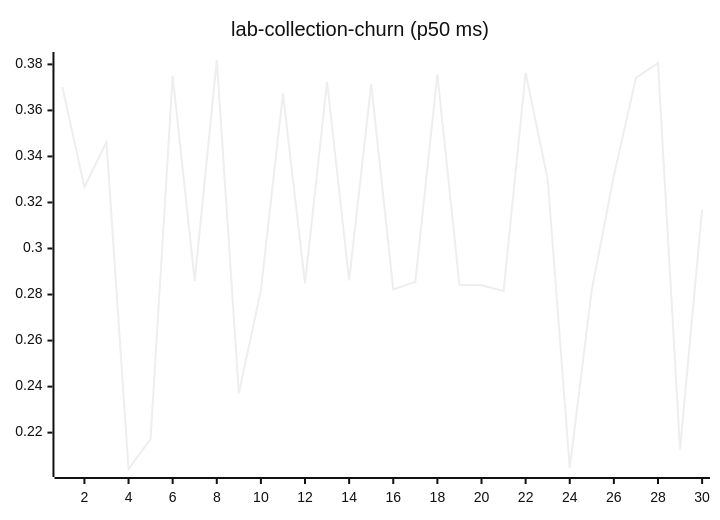
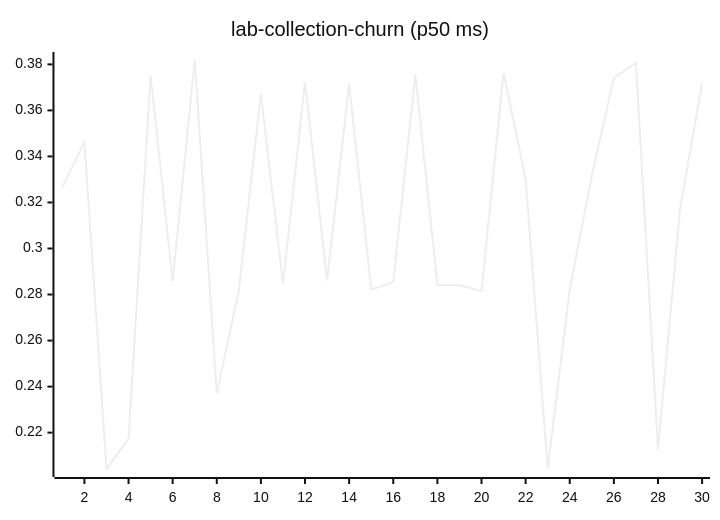
One commit to josha/Facet changed diagram 11 of 27 in README.md. Above: the diagram before and after it, drawn with Mermaid (neutral theme). The commit also changed other lines of this file and 2 other files, not shown here.

````diff
--- a/README.md
+++ b/README.md
@@ -133,6 +133,6 @@
 ```mermaid
 xychart-beta
     title "lab-collection-churn (p50 ms)"
     x-axis 1 --> 30
-    line [0.3702, 0.3267, 0.3462, 0.2042, 0.2173, 0.3750, 0.2859, 0.3819, 0.2371, 0.2818, 0.3673, 0.2848, 0.3724, 0.2861, 0.3715, 0.2822, 0.2855, 0.3757, 0.2842, 0.2840, 0.2815, 0.3763, 0.3301, 0.2047, 0.2821, 0.3316, 0.3741, 0.3806, 0.2127, 0.3170]
+    line [0.3267, 0.3462, 0.2042, 0.2173, 0.3750, 0.2859, 0.3819, 0.2371, 0.2818, 0.3673, 0.2848, 0.3724, 0.2861, 0.3715, 0.2822, 0.2855, 0.3757, 0.2842, 0.2840, 0.2815, 0.3763, 0.3301, 0.2047, 0.2821, 0.3316, 0.3741, 0.3806, 0.2127, 0.3170, 0.3719]
 ```
````
